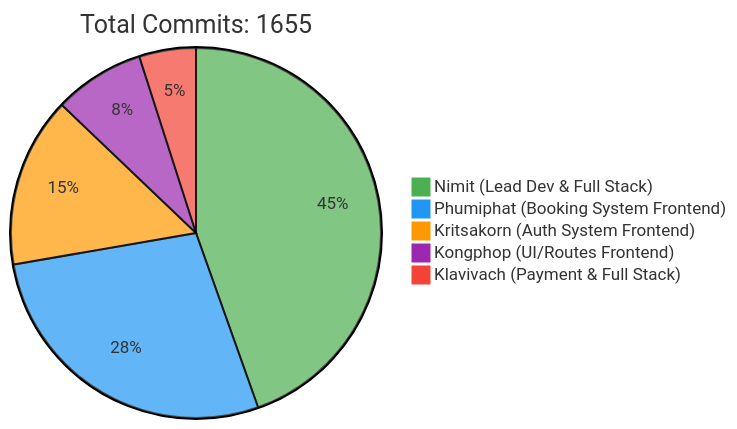
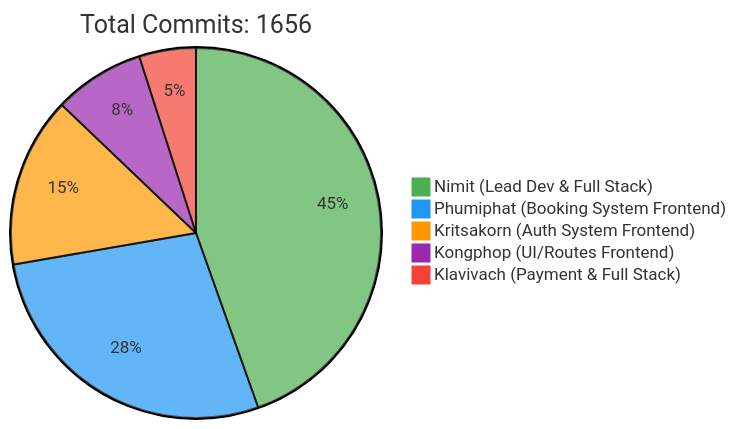
One commit to 6531503042/Sport-Complex changed the first of 2 diagrams in README.md. Above: the diagram before and after it, drawn with Mermaid. The commit also changed other lines of this file, not shown here.

Commit message:
docs: Update contributor statistics [skip ci]

````diff
--- a/README.md
+++ b/README.md
@@ -257,10 +257,10 @@
 ```mermaid
 %%{init: {'theme': 'base', 'themeVariables': { 'pie1': '#4CAF50', 'pie2': '#2196F3', 'pie3': '#FF9800', 'pie4': '#9C27B0', 'pie5': '#F44336'}}}%%
 pie
-    title Total Commits: 1655
+    title Total Commits: 1656
     "Nimit (Lead Dev & Full Stack)" : 450
     "Phumiphat (Booking System Frontend)" : 280
     "Kritsakorn (Auth System Frontend)" : 150
     "Kongphop (UI/Routes Frontend)" : 80
     "Klavivach (Payment & Full Stack)" : 50
 ```
````
